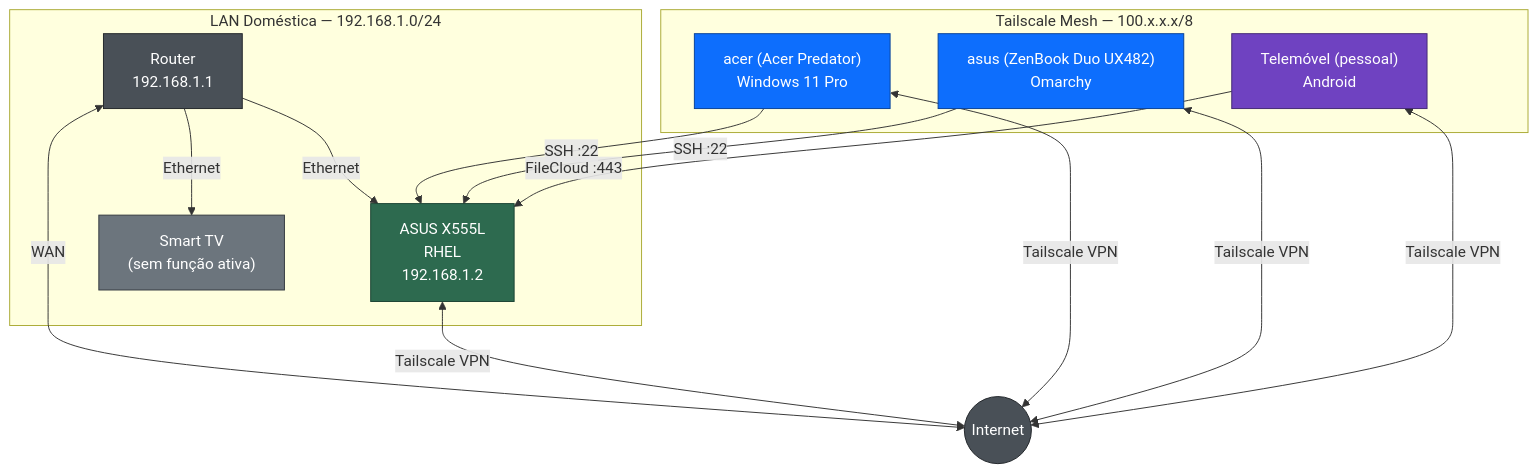
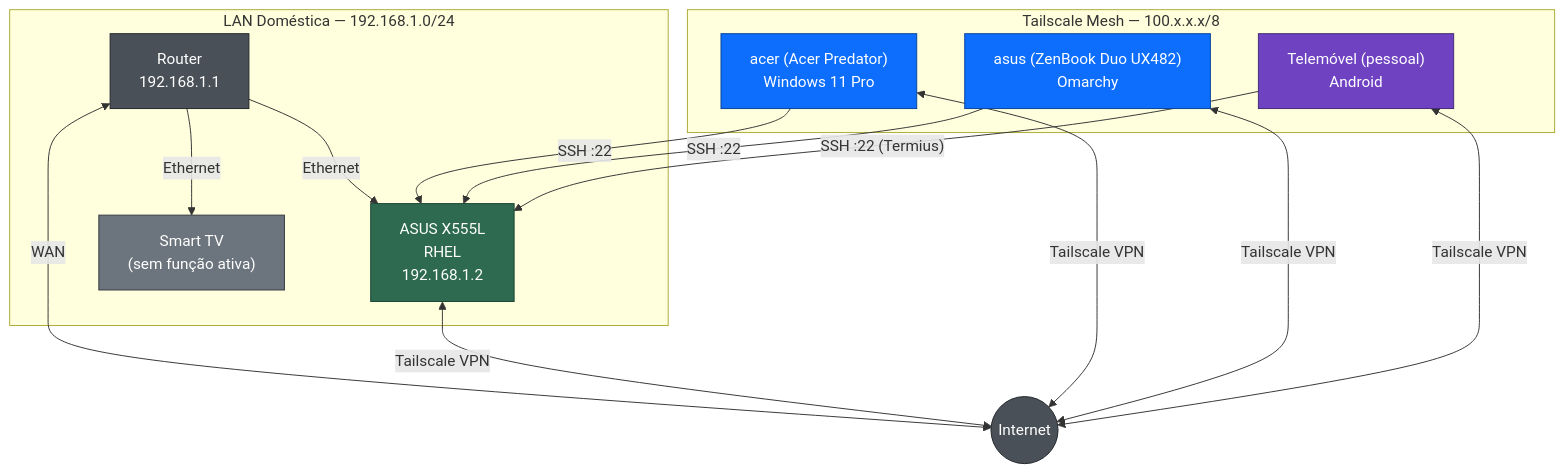
The first of 3 diagrams in docs/diagrama-rede.md (Kroatoan1979/001-26-home-server), drawn with Mermaid before and after one commit. The commit also changed other lines of this file and 16 other files, not shown here.

First line of the commit message:
Âmbito reduzido ao TraderScope: retirar FileCloud, Web Server + Cloudflare, Guacamole, xrdp e TraderShark

````diff
--- a/docs/diagrama-rede.md
+++ b/docs/diagrama-rede.md
@@ -9,41 +9,41 @@
 ```mermaid
 graph TB
     Internet(("Internet"))
 
     subgraph LAN["LAN Doméstica — 192.168.1.0/24"]
         Router["Router\n192.168.1.1"]
         Server["ASUS X555L\nRHEL\n192.168.1.2"]
         TV["Smart TV\n(sem função ativa)"]
     end
 
     subgraph Tailnet["Tailscale Mesh — 100.x.x.x/8"]
         WS["acer (Acer Predator)\nWindows 11 Pro"]
         ZB["asus (ZenBook Duo UX482)\nOmarchy"]
         TM1["Telemóvel (pessoal)\nAndroid"]
     end
 
     Router <-->|WAN| Internet
     Router -->|Ethernet| Server
     Router -->|Ethernet| TV
 
     Server <-->|"Tailscale VPN"| Internet
     WS <-->|"Tailscale VPN"| Internet
     ZB <-->|"Tailscale VPN"| Internet
     TM1 <-->|"Tailscale VPN"| Internet
 
     WS -->|"SSH :22"| Server
     ZB -->|"SSH :22"| Server
-    TM1 -->|"FileCloud :443"| Server
+    TM1 -->|"SSH :22 (Termius)"| Server
 
     classDef linux fill:#2d6a4f,color:#fff,stroke:#1b4332
     classDef windows fill:#0d6efd,color:#fff,stroke:#084298
     classDef mobile fill:#6f42c1,color:#fff,stroke:#432874
     classDef network fill:#495057,color:#fff,stroke:#212529
     classDef tv fill:#6c757d,color:#fff,stroke:#343a40
 
     class Server linux
     class WS,ZB windows
     class TM1 mobile
     class Router,Internet network
     class TV tv
 ```
````
